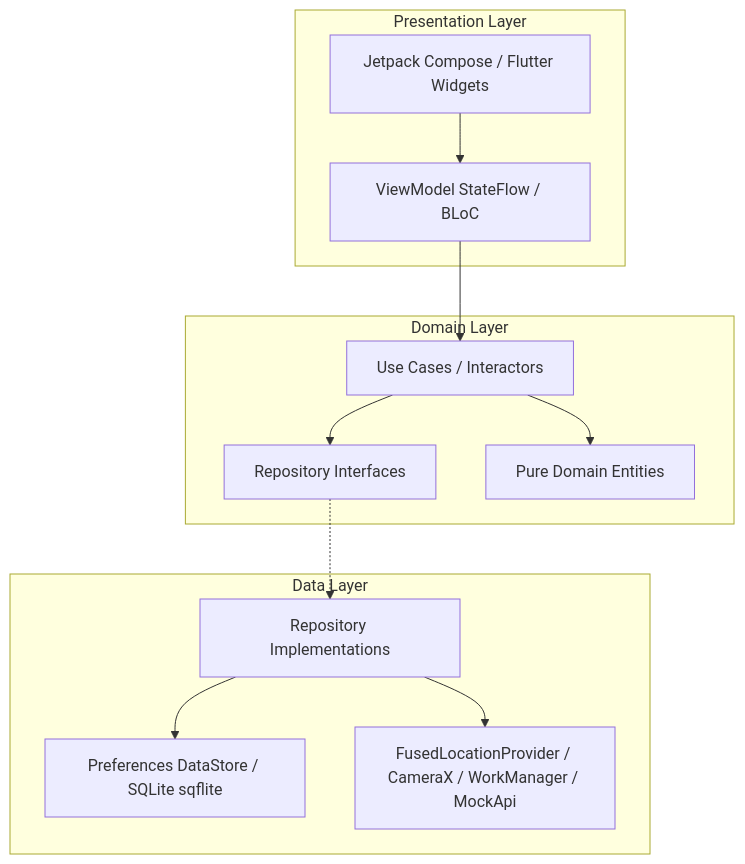
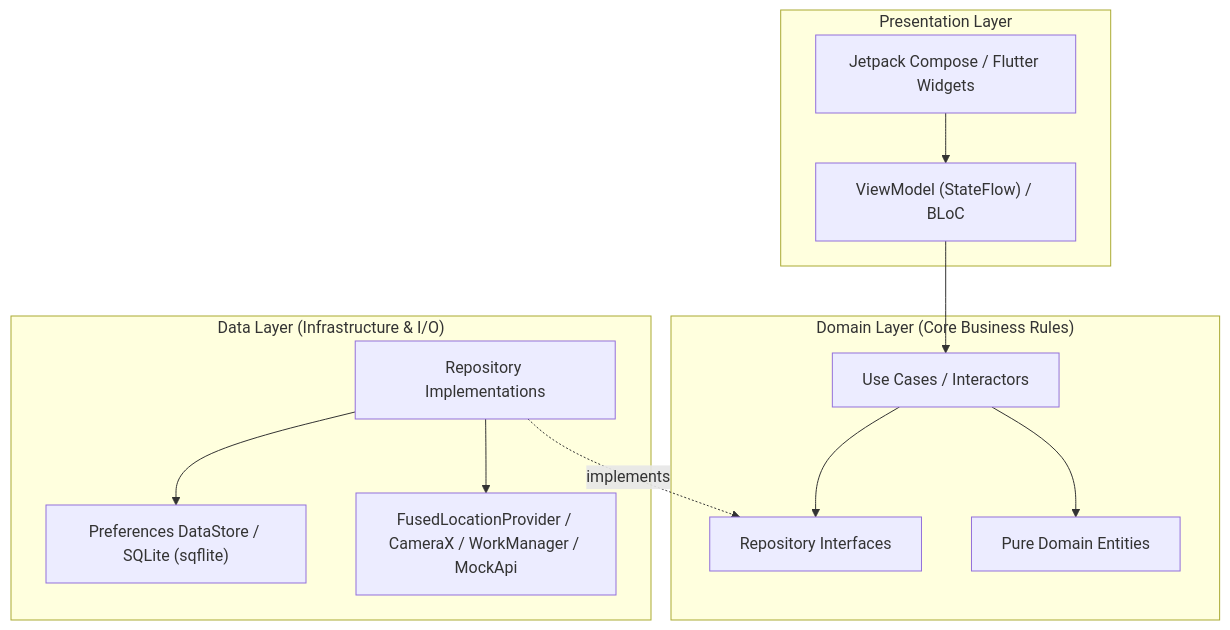
One commit to monjur35/Intelligent_machine changed the diagram in README.md. Above: the diagram before and after it, drawn with Mermaid. The commit also changed other lines of this file and 1 other file, not shown here.

Commit message:
feat(branding): standardize native app label to GeoPulse and refine master architecture documentation
- Update Android app_name resource to GeoPulse in strings.xml
- Enhance Mermaid Clean Architecture diagram with robust syntax and dependency inversion flow
- Refine essential AI prompts table to top 5 professional architectural directives
- Update prerequisites to include Android Studio Ladybug/Koala or higher

````diff
--- a/README.md
+++ b/README.md
@@ -25,26 +25,28 @@
 ```mermaid
 graph TD
-    subgraph Presentation Layer
-        UI[Jetpack Compose / Flutter Widgets]
-        VM[ViewModel StateFlow / BLoC]
+    subgraph Presentation["Presentation Layer"]
+        UI["Jetpack Compose / Flutter Widgets"]
+        VM["ViewModel (StateFlow) / BLoC"]
         UI --> VM
     end
 
-    subgraph Domain Layer
-        UC[Use Cases / Interactors]
-        REPO_INT[Repository Interfaces]
-        ENT[Pure Domain Entities]
-        VM --> UC
+    subgraph Domain["Domain Layer (Core Business Rules)"]
+        UC["Use Cases / Interactors"]
+        REPO_INT["Repository Interfaces"]
+        ENT["Pure Domain Entities"]
         UC --> REPO_INT
         UC --> ENT
     end
 
-    subgraph Data Layer
-        REPO_IMPL[Repository Implementations]
-        LOCAL_DS[Preferences DataStore / SQLite sqflite]
-        REMOTE_HW[FusedLocationProvider / CameraX / WorkManager / MockApi]
+    subgraph Data["Data Layer (Infrastructure & I/O)"]
+        REPO_IMPL["Repository Implementations"]
+        LOCAL_DS["Preferences DataStore / SQLite (sqflite)"]
+        REMOTE_HW["FusedLocationProvider / CameraX / WorkManager / MockApi"]
         REPO_IMPL --> LOCAL_DS
         REPO_IMPL --> REMOTE_HW
-        REPO_INT -.-> REPO_IMPL
     end
+
+    %% Cross-layer boundaries (Inward Dependencies)
+    VM --> UC
+    REPO_IMPL -.->|implements| REPO_INT
 ```
````
